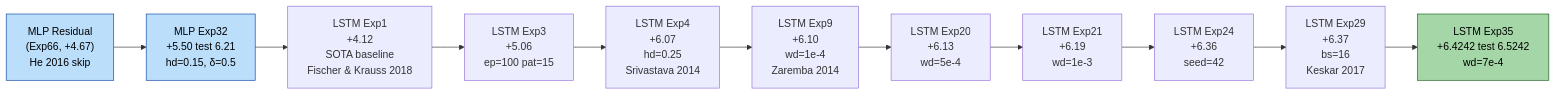
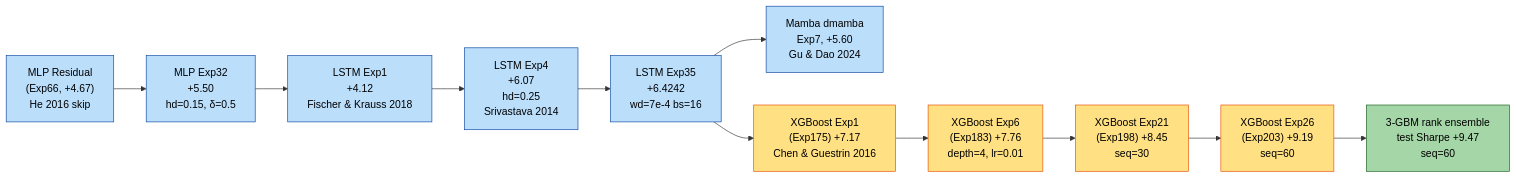
The fourth of 8 diagrams in autoresearch/autoresearch_results/medium_article.md (dlmastery/autoresearch), drawn with Mermaid before and after one commit. The commit also changed other lines of this file and 4 other files, not shown here.

First line of the commit message:
Medium v4 (11609 words) + Paper v2 (12202 words): GBM champion + ensemble findings

````diff
--- a/autoresearch/autoresearch_results/medium_article.md
+++ b/autoresearch/autoresearch_results/medium_article.md
@@ -222,21 +224,24 @@
 ```mermaid
 flowchart LR
     MLPR["MLP Residual<br/>(Exp66, +4.67)<br/>He 2016 skip"]
-    MLP32["MLP Exp32<br/>+5.50 test 6.21<br/>hd=0.15, δ=0.5"]
-    LSTM1["LSTM Exp1<br/>+4.12<br/>SOTA baseline<br/>Fischer & Krauss 2018"]
-    LSTM3["LSTM Exp3<br/>+5.06<br/>ep=100 pat=15"]
+    MLP32["MLP Exp32<br/>+5.50<br/>hd=0.15, δ=0.5"]
+    LSTM1["LSTM Exp1<br/>+4.12<br/>Fischer & Krauss 2018"]
     LSTM4["LSTM Exp4<br/>+6.07<br/>hd=0.25<br/>Srivastava 2014"]
-    LSTM9["LSTM Exp9<br/>+6.10<br/>wd=1e-4<br/>Zaremba 2014"]
-    LSTM20["LSTM Exp20<br/>+6.13<br/>wd=5e-4"]
-    LSTM21["LSTM Exp21<br/>+6.19<br/>wd=1e-3"]
-    LSTM24["LSTM Exp24<br/>+6.36<br/>seed=42"]
-    LSTM29["LSTM Exp29<br/>+6.37<br/>bs=16<br/>Keskar 2017"]
-    LSTM35["LSTM Exp35<br/>+6.4242 test 6.5242<br/>wd=7e-4"]
+    LSTM35["LSTM Exp35<br/>+6.4242<br/>wd=7e-4 bs=16"]
+    MAMBA["Mamba dmamba<br/>Exp7, +5.60<br/>Gu & Dao 2024"]
+    XGB1["XGBoost Exp1<br/>(Exp175) +7.17<br/>Chen & Guestrin 2016"]
+    XGB6["XGBoost Exp6<br/>(Exp183) +7.76<br/>depth=4, lr=0.01"]
+    XGB21["XGBoost Exp21<br/>(Exp198) +8.45<br/>seq=30"]
+    XGB26["XGBoost Exp26<br/>(Exp203) +9.19<br/>seq=60"]
+    ENS["3-GBM rank ensemble<br/>test Sharpe +9.47<br/>seq=60"]
 
-    MLPR --> MLP32 --> LSTM1 --> LSTM3 --> LSTM4 --> LSTM9 --> LSTM20 --> LSTM21 --> LSTM24 --> LSTM29 --> LSTM35
+    MLPR --> MLP32 --> LSTM1 --> LSTM4 --> LSTM35 --> MAMBA
+    LSTM35 --> XGB1 --> XGB6 --> XGB21 --> XGB26 --> ENS
 
     classDef champ fill:#a5d6a7,stroke:#1b5e20,color:#000
-    classDef mlp fill:#bbdefb,stroke:#0d47a1,color:#000
-    class LSTM35 champ
-    class MLPR,MLP32 mlp
+    classDef dl fill:#bbdefb,stroke:#0d47a1,color:#000
+    classDef gbm fill:#ffe082,stroke:#e65100,color:#000
+    class ENS champ
+    class XGB26,XGB21,XGB6,XGB1 gbm
+    class MLPR,MLP32,LSTM1,LSTM4,LSTM35,MAMBA dl
 ```
````
